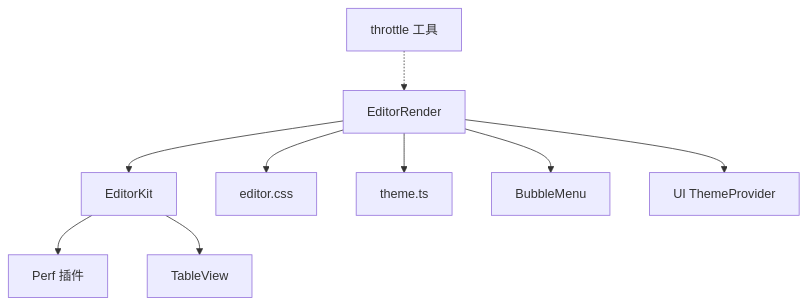
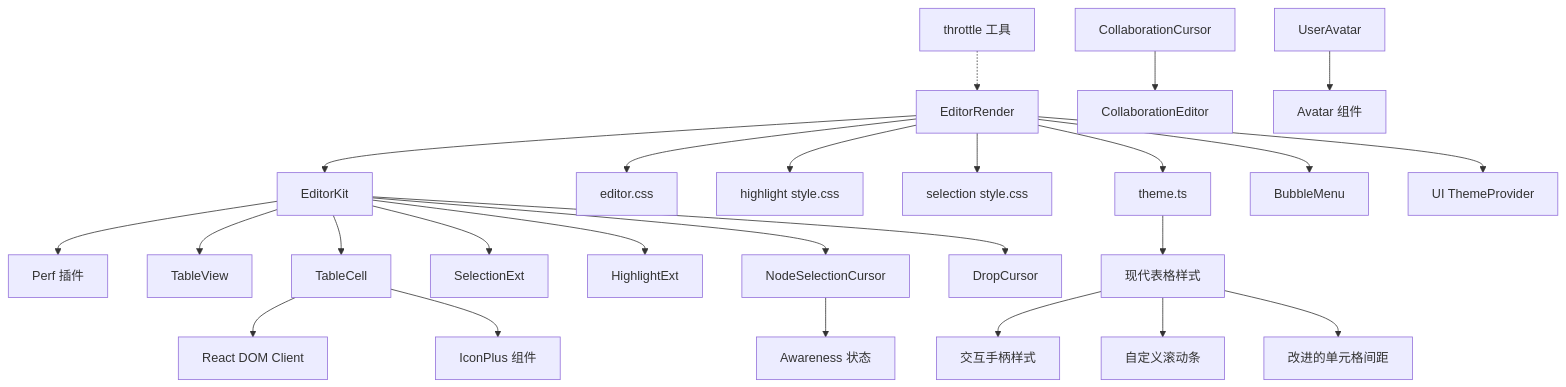
Before and after one commit to LRF0422/Kotion: diagram 15 of 15 in .qoder/repowiki/zh/content/架构设计/编辑器内核架构/编辑器渲染机制.md, drawn with Mermaid. The commit also changed other lines of this file and 75 other files, not shown here.

````diff
--- a/.qoder/repowiki/zh/content/架构设计/编辑器内核架构/编辑器渲染机制.md
+++ b/.qoder/repowiki/zh/content/架构设计/编辑器内核架构/编辑器渲染机制.md
@@ -376,11 +804,27 @@
 ```mermaid
 graph TB
 ER["EditorRender"] --> KIT["EditorKit"]
 ER --> CSS["editor.css"]
+ER --> CSS2["highlight style.css"]
+ER --> CSS3["selection style.css"]
 ER --> THEME["theme.ts"]
 ER --> BM["BubbleMenu"]
 KIT --> PERF["Perf 插件"]
 KIT --> TV["TableView"]
+KIT --> TC["TableCell"]
+KIT --> SE["SelectionExt"]
+KIT --> HE["HighlightExt"]
+KIT --> NSC["NodeSelectionCursor"]
+KIT --> DC["DropCursor"]
 ER --> UI["UI ThemeProvider"]
 TH["throttle 工具"] -.-> ER
+COL["CollaborationCursor"] --> EC["CollaborationEditor"]
+NSC --> AW["Awareness 状态"]
+TC --> REACT["React DOM Client"]
+TC --> ICONS["IconPlus 组件"]
+USERAV["UserAvatar"] --> AV["Avatar 组件"]
+THEME --> MODERN["现代表格样式"]
+MODERN --> GRIPS["交互手柄样式"]
+MODERN --> SCROLLBAR["自定义滚动条"]
+MODERN --> CELLSPACING["改进的单元格间距"]
 ```
````
